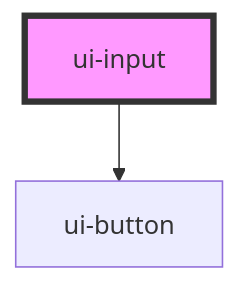
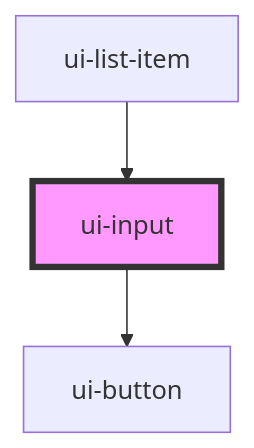
Before and after one commit to niedzielnyaniol/todo: the diagram in packages/stencil/src/components/atoms/ui-input/readme.md, drawn with Mermaid. The commit also changed other lines of this file and 29 other files, not shown here.

Commit message:
feat(ui-list-item): component done

````diff
--- a/packages/stencil/src/components/atoms/ui-input/readme.md
+++ b/packages/stencil/src/components/atoms/ui-input/readme.md
@@ -31,5 +35,6 @@
 ```mermaid
 graph TD;
   ui-input --> ui-button
+  ui-list-item --> ui-input
   style ui-input fill:#f9f,stroke:#333,stroke-width:4px
 ```
````
